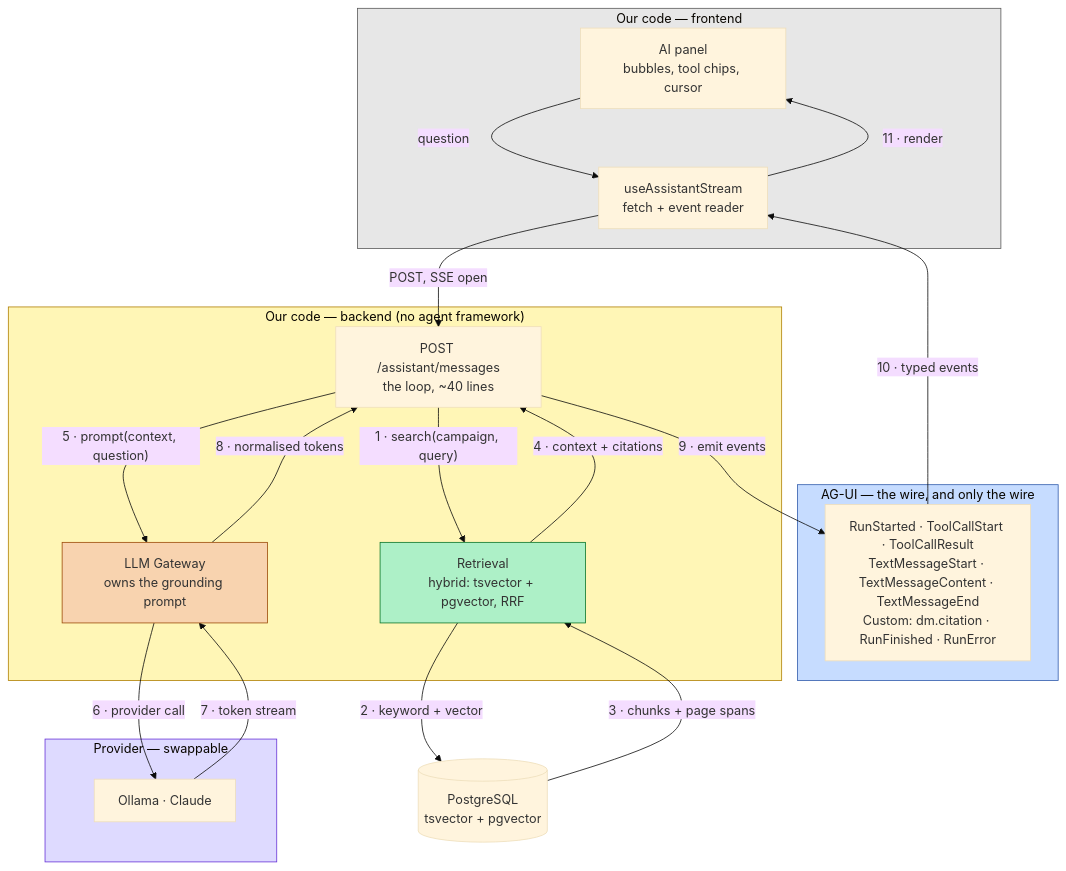
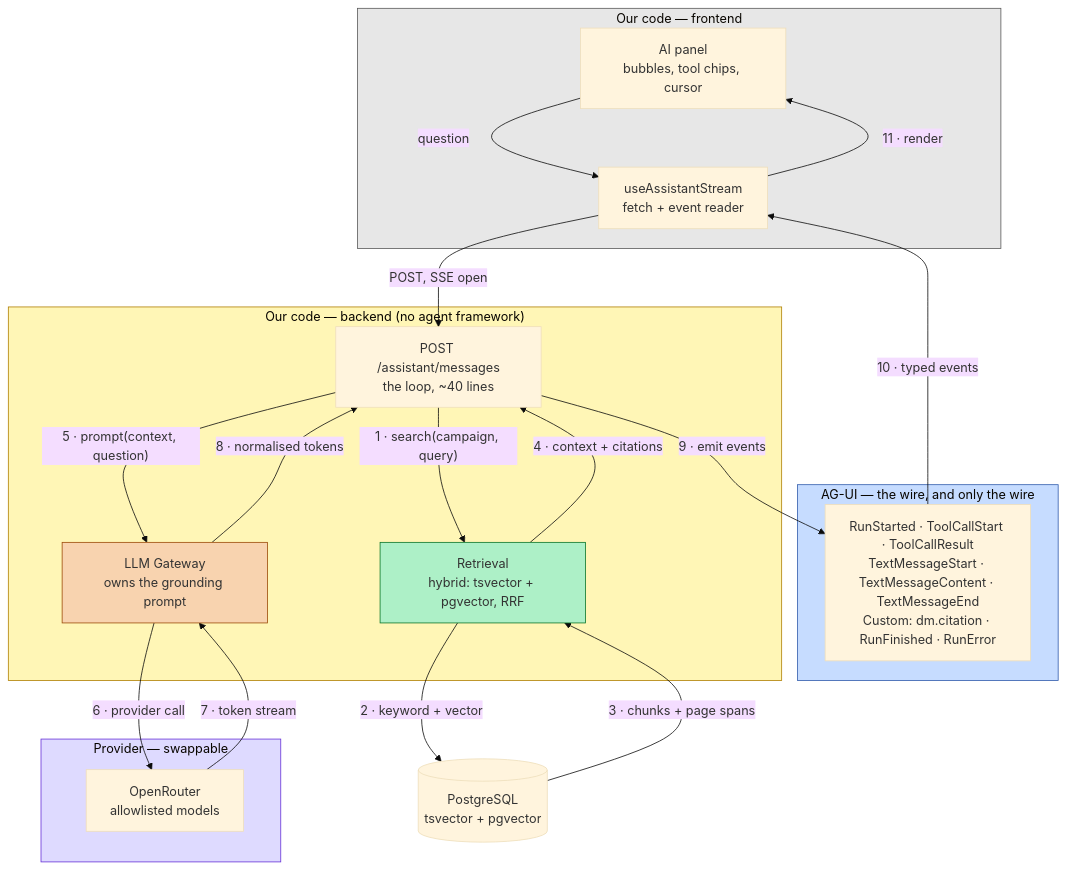
The fourth of 4 diagrams in docs/architecture.md (PiotrMieszczak/Quillbert), drawn with Mermaid (base theme) before and after one commit. The commit also changed other lines of this file and 13 other files, not shown here.

First line of the commit message:
docs: hosted-first MVP and OpenRouter provider (#32)

````diff
--- a/docs/architecture.md
+++ b/docs/architecture.md
@@ -195,44 +193,44 @@
 ```mermaid
 flowchart TB
     subgraph OURS_FE["Our code — frontend"]
         UI["AI panel<br/>bubbles, tool chips, cursor"]
         HOOK["useAssistantStream<br/>fetch + event reader"]
     end
 
     subgraph PROTO["AG-UI — the wire, and only the wire"]
         EV["RunStarted · ToolCallStart · ToolCallResult<br/>TextMessageStart · TextMessageContent · TextMessageEnd<br/>Custom: dm.citation · RunFinished · RunError"]
     end
 
     subgraph OURS_BE["Our code — backend (no agent framework)"]
         EP["POST /assistant/messages<br/>the loop, ~40 lines"]
         RET["Retrieval<br/>hybrid: tsvector + pgvector, RRF"]
         GW["LLM Gateway<br/>owns the grounding prompt"]
     end
 
     subgraph EXT["Provider — swappable"]
-        PROV["Ollama · Claude"]
+        PROV["OpenRouter<br/>allowlisted models"]
     end
 
     DB[("PostgreSQL<br/>tsvector + pgvector")]
 
     UI -->|"question"| HOOK
     HOOK -->|"POST, SSE open"| EP
     EP -->|"1 · search(campaign, query)"| RET
     RET -->|"2 · keyword + vector"| DB
     DB -->|"3 · chunks + page spans"| RET
     RET -->|"4 · context + citations"| EP
     EP -->|"5 · prompt(context, question)"| GW
     GW -->|"6 · provider call"| PROV
     PROV -->|"7 · token stream"| GW
     GW -->|"8 · normalised tokens"| EP
     EP -->|"9 · emit events"| EV
     EV -->|"10 · typed events"| HOOK
     HOOK -->|"11 · render"| UI
 
     style PROTO fill:#c6dcff,stroke:#305bab
     style OURS_BE fill:#fff6b6,stroke:#af7e02
     style OURS_FE fill:#e7e7e7,stroke:#595959
     style EXT fill:#dedaff,stroke:#6631d7
     style GW fill:#f8d3af,stroke:#9b4a07
     style RET fill:#adf0c7,stroke:#087429
 ```
````
